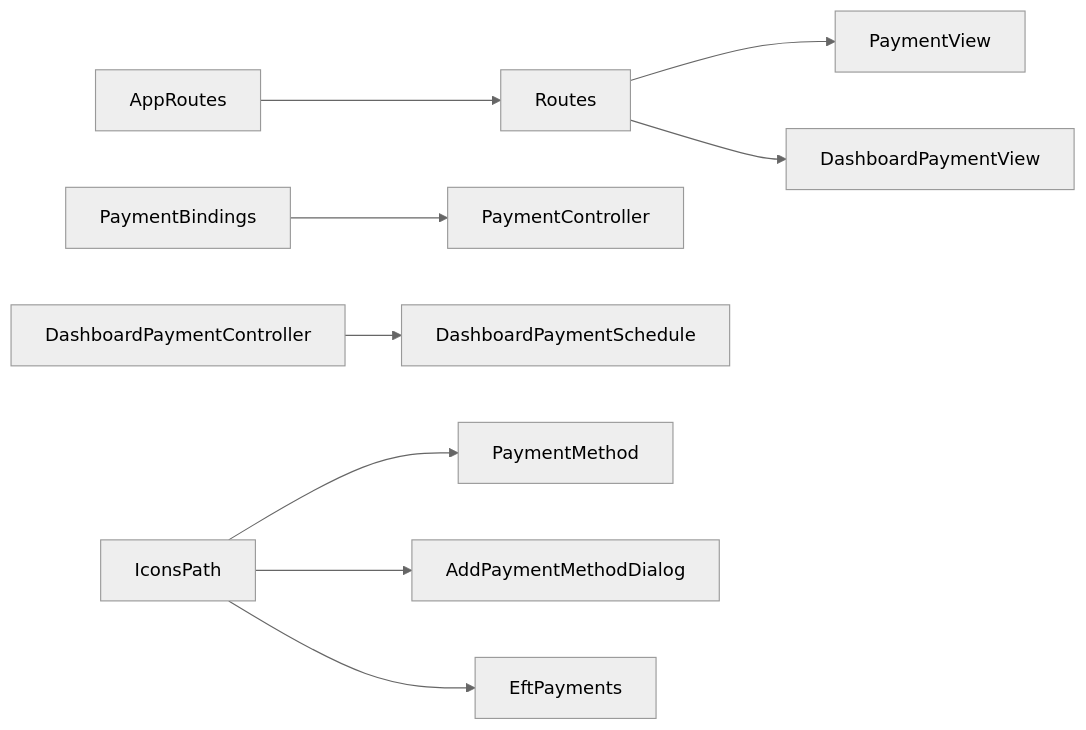
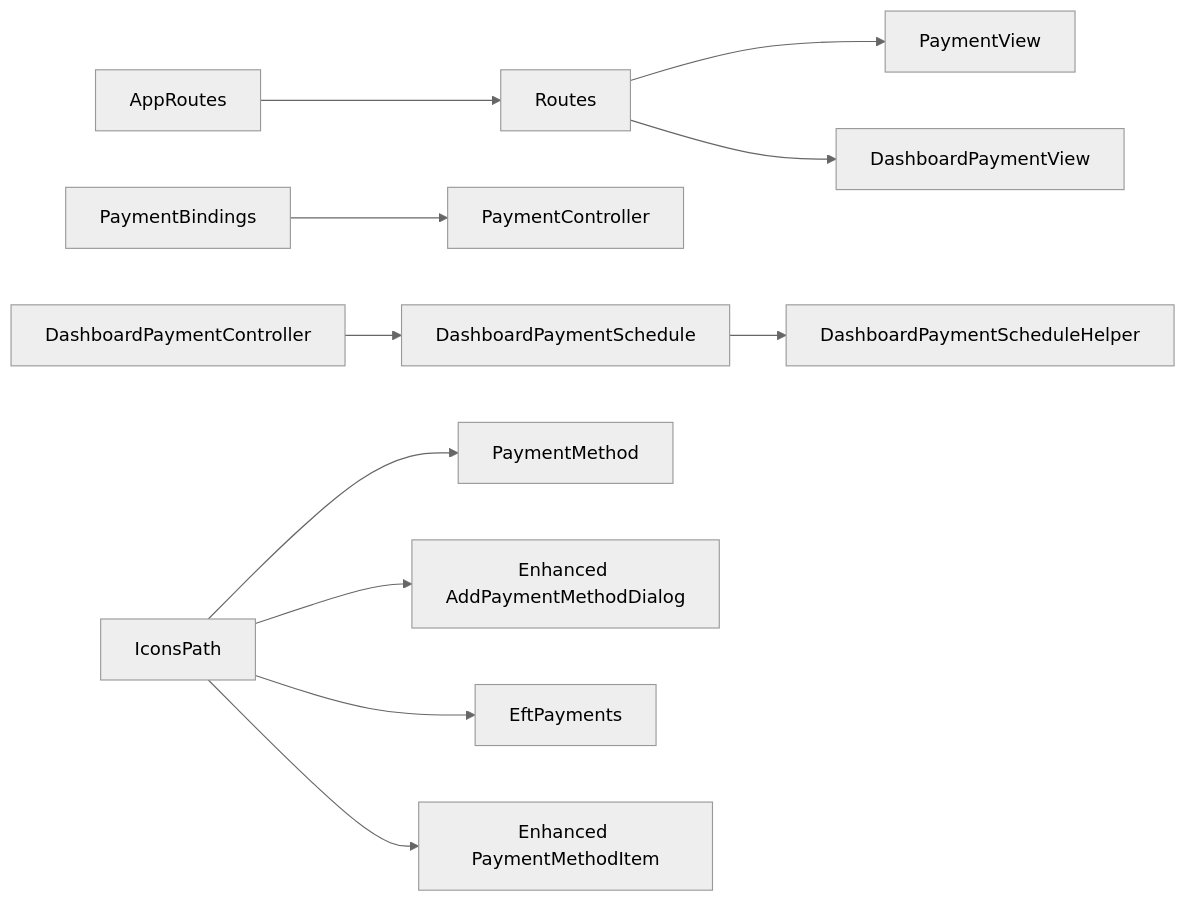
Before and after one commit to Ariful3111/FurniGo: the eighth of 8 diagrams in .qoder/repowiki/en/content/Core Features/E-commerce Platform/Payment Processing System.md, drawn with Mermaid (neutral theme). The commit also changed other lines of this file and 10 other files, not shown here.

````diff
--- a/.qoder/repowiki/en/content/Core Features/E-commerce Platform/Payment Processing System.md
+++ b/.qoder/repowiki/en/content/Core Features/E-commerce Platform/Payment Processing System.md
@@ -377,11 +475,13 @@
 ```mermaid
 graph LR
 AR["AppRoutes"] --> RT["Routes"]
 RT --> PV["PaymentView"]
 RT --> DPV["DashboardPaymentView"]
 PB["PaymentBindings"] --> PC["PaymentController"]
 DPC["DashboardPaymentController"] --> DPS["DashboardPaymentSchedule"]
+DPS --> DPSH["DashboardPaymentScheduleHelper"]
 ICONS["IconsPath"] --> PM["PaymentMethod"]
-ICONS --> APMD["AddPaymentMethodDialog"]
+ICONS --> APMD["Enhanced AddPaymentMethodDialog"]
 ICONS --> EFT["EftPayments"]
+ICONS --> PMI["Enhanced PaymentMethodItem"]
 ```
````
